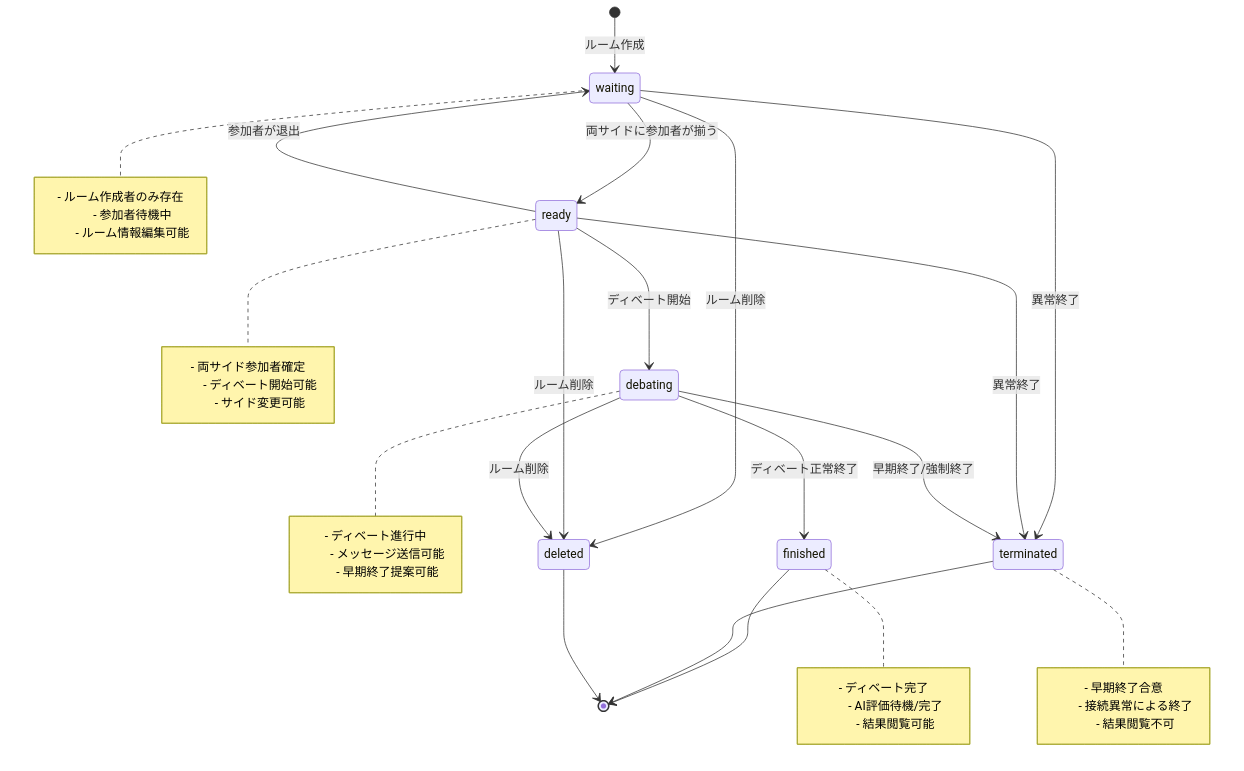
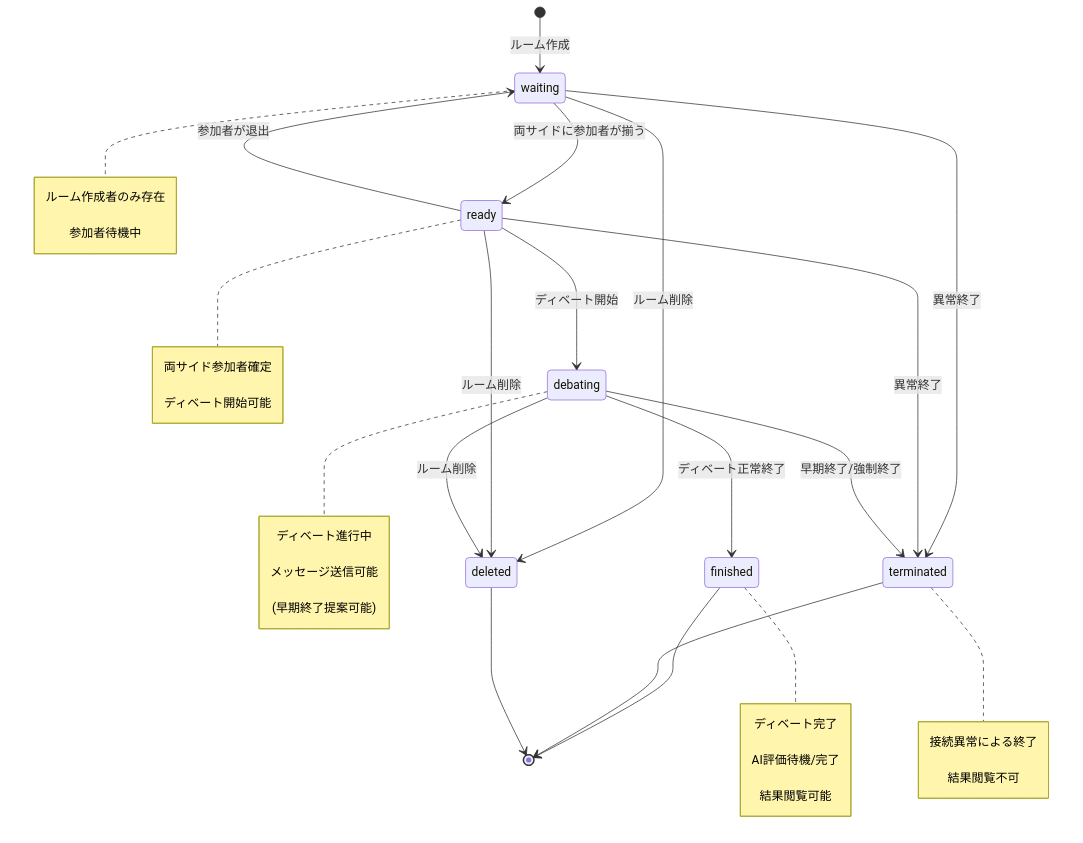
Before and after one commit to rytkhs/debatematch: the first of 3 diagrams in docs/architecture/02_debate_state_transition.md, drawn with Mermaid. The commit also changed other lines of this file and 2 other files, not shown here.

````diff
--- a/docs/architecture/02_debate_state_transition.md
+++ b/docs/architecture/02_debate_state_transition.md
@@ -9,51 +9,48 @@
 ```mermaid
 stateDiagram-v2
     [*] --> waiting: ルーム作成
 
     waiting --> ready: 両サイドに参加者が揃う
     waiting --> deleted: ルーム削除
     waiting --> terminated: 異常終了
 
     ready --> waiting: 参加者が退出
     ready --> debating: ディベート開始
     ready --> deleted: ルーム削除
     ready --> terminated: 異常終了
 
     debating --> finished: ディベート正常終了
     debating --> terminated: 早期終了/強制終了
     debating --> deleted: ルーム削除
 
     finished --> [*]
     terminated --> [*]
     deleted --> [*]
 
     note right of waiting
-        - ルーム作成者のみ存在
-        - 参加者待機中
-        - ルーム情報編集可能
+        ルーム作成者のみ存在<br/>
+        参加者待機中
     end note
 
     note right of ready
-        - 両サイド参加者確定
-        - ディベート開始可能
-        - サイド変更可能
+        両サイド参加者確定<br/>
+        ディベート開始可能<br/>
     end note
 
     note right of debating
-        - ディベート進行中
-        - メッセージ送信可能
-        - 早期終了提案可能
+        ディベート進行中<br/>
+        メッセージ送信可能<br/>
+        (早期終了提案可能)
     end note
 
     note right of finished
-        - ディベート完了
-        - AI評価待機/完了
-        - 結果閲覧可能
+        ディベート完了<br/>
+        AI評価待機/完了<br/>
+        結果閲覧可能
     end note
 
     note right of terminated
-        - 早期終了合意
-        - 接続異常による終了
-        - 結果閲覧不可
+        接続異常による終了<br/>
+        結果閲覧不可
     end note
 ```
````
